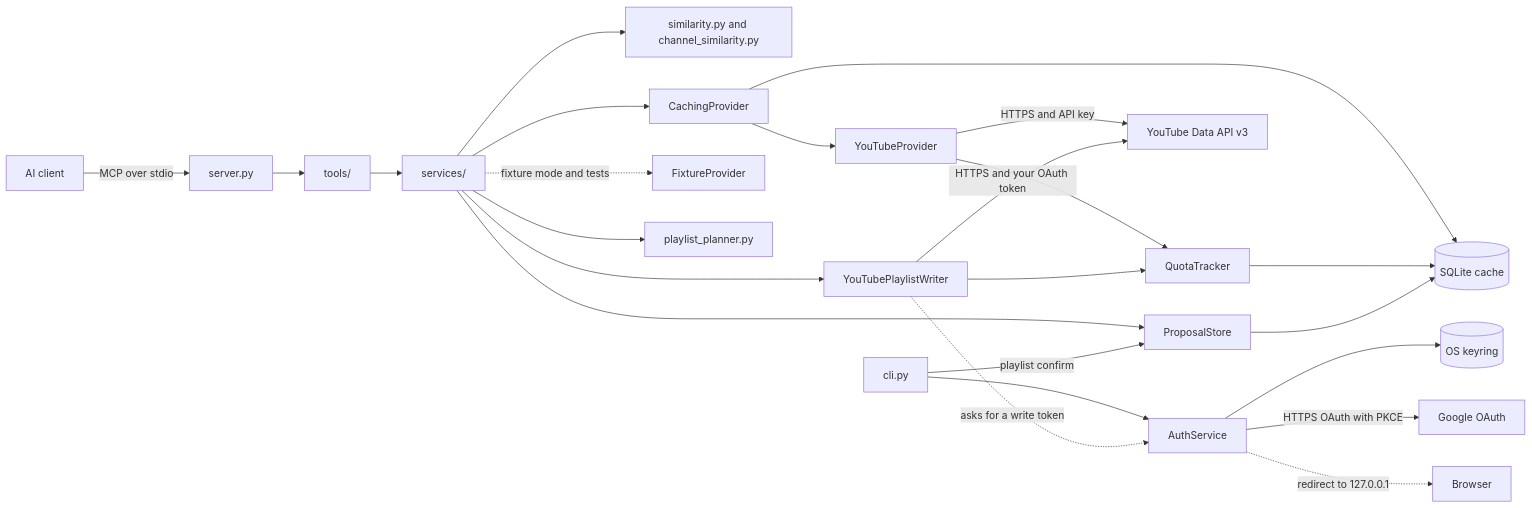
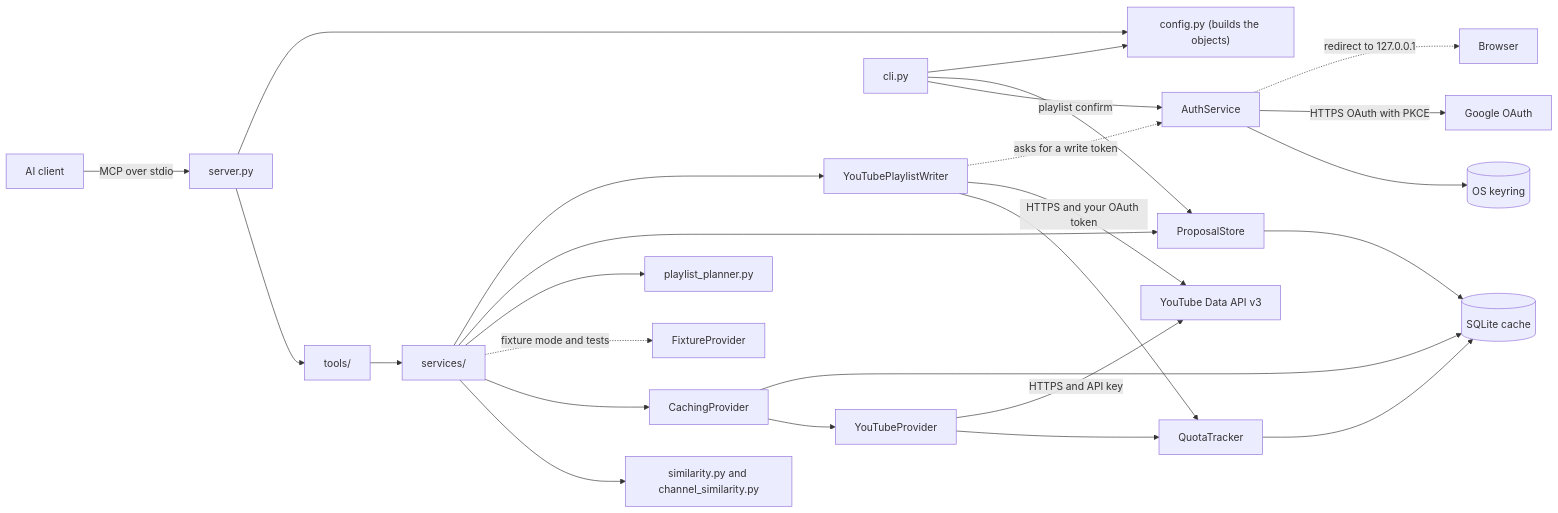
Before and after one commit to Chris-ops4573/Youtube_MCP_Server: the diagram in docs/Areas/Design Components.md, drawn with Mermaid. The commit also changed other lines of this file and 8 other files, not shown here.

````diff
--- a/docs/Areas/Design Components.md
+++ b/docs/Areas/Design Components.md
@@ -9,26 +9,28 @@
 ```mermaid
 flowchart LR
   Client["AI client"] -->|"MCP over stdio"| Server["server.py"]
   Server --> Tools["tools/"]
   Tools --> Services["services/"]
   Services --> Sim["similarity.py and channel_similarity.py"]
   Services --> Caching["CachingProvider"]
   Services -.->|"fixture mode and tests"| Fixture["FixtureProvider"]
   Caching --> Live["YouTubeProvider"]
   Caching --> DB[("SQLite cache")]
   Live --> Quota["QuotaTracker"]
   Quota --> DB
   Live -->|"HTTPS and API key"| YT["YouTube Data API v3"]
   CLI["cli.py"] --> Auth["AuthService"]
   Auth --> KR[("OS keyring")]
   Auth -->|"HTTPS OAuth with PKCE"| Google["Google OAuth"]
   Auth -.->|"redirect to 127.0.0.1"| Browser["Browser"]
   Services --> Planner["playlist_planner.py"]
   Services --> Store["ProposalStore"]
   Store --> DB
   Services --> Writer["YouTubePlaylistWriter"]
   Writer --> Quota
   Writer -->|"HTTPS and your OAuth token"| YT
   Writer -.->|"asks for a write token"| Auth
   CLI -->|"playlist confirm"| Store
+  Server --> Config["config.py (builds the objects)"]
+  CLI --> Config
 ```
````
